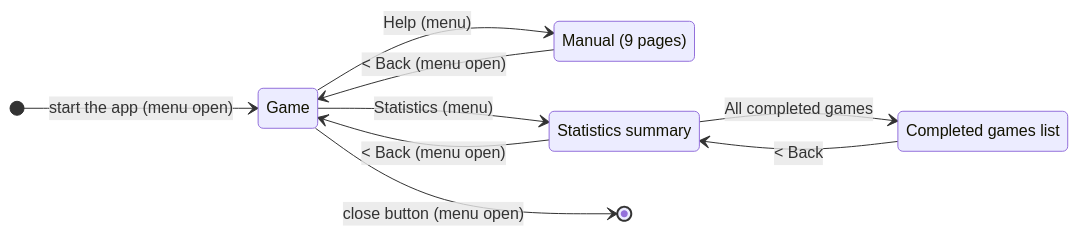
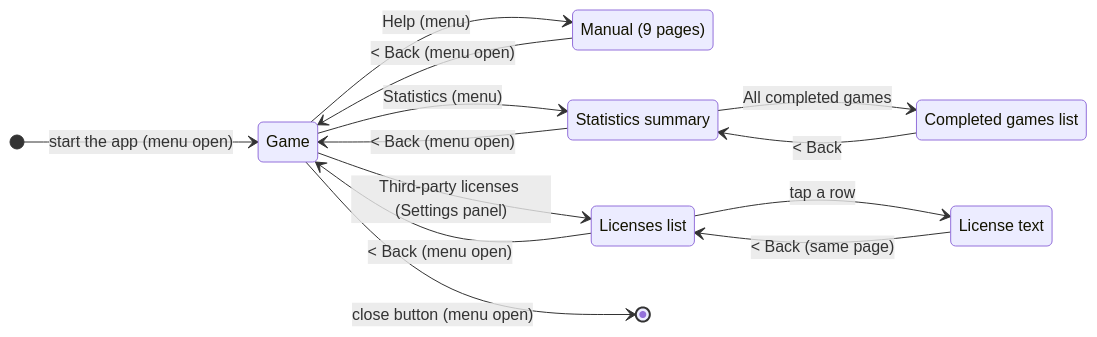
The first of 14 diagrams in REQUIREMENTS.md (garbles/sudoku), drawn with Mermaid before and after one commit. The commit also changed other lines of this file and 24 other files, not shown here.

Commit message:
Third-party licenses screen

````diff
--- a/REQUIREMENTS.md
+++ b/REQUIREMENTS.md
@@ -55,17 +55,23 @@
 ```mermaid
 stateDiagram-v2
     direction LR
     [*] --> Game: start the app (menu open)
     state "Game" as Game
     state "Manual (9 pages)" as Manual
     state "Statistics summary" as Statistics
     state "Completed games list" as Games
 
     Game --> Manual: Help (menu)
     Manual --> Game: < Back (menu open)
     Game --> Statistics: Statistics (menu)
     Statistics --> Game: < Back (menu open)
     Statistics --> Games: All completed games
     Games --> Statistics: < Back
+    state "Licenses list" as Licenses
+    state "License text" as LicenseText
+    Game --> Licenses: Third-party licenses (Settings panel)
+    Licenses --> Game: < Back (menu open)
+    Licenses --> LicenseText: tap a row
+    LicenseText --> Licenses: < Back (same page)
     Game --> [*]: close button (menu open)
 ```
````
